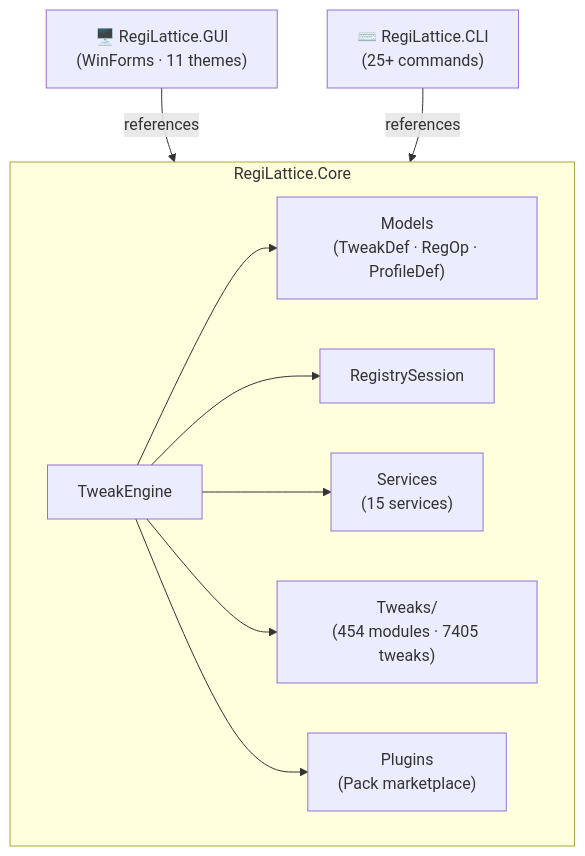
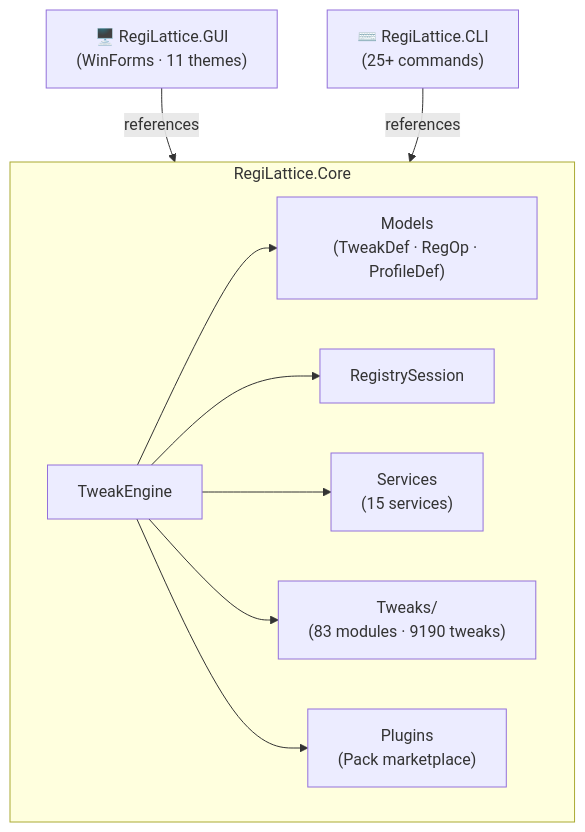
The first of 8 diagrams in docs/Architecture.md (RajwanYair/RegiLattice), drawn with Mermaid before and after one commit. The commit also changed 8 other files, not shown here.

````diff
--- a/docs/Architecture.md
+++ b/docs/Architecture.md
@@ -12,24 +12,24 @@
 ```mermaid
 graph TD
     GUI["🖥️ RegiLattice.GUI\n(WinForms · 11 themes)"]
     CLI["⌨️ RegiLattice.CLI\n(25+ commands)"]
     Core["🔧 RegiLattice.Core\n(engine · models · services)"]
 
     GUI -->|references| Core
     CLI -->|references| Core
 
     subgraph Core ["RegiLattice.Core"]
         TweakEngine["TweakEngine"]
         Models["Models\n(TweakDef · RegOp · ProfileDef)"]
         Registry["RegistrySession"]
         Services["Services\n(15 services)"]
-        Tweaks["Tweaks/\n(454 modules · 7405 tweaks)"]
+        Tweaks["Tweaks/\n(83 modules · 9190 tweaks)"]
         Plugins["Plugins\n(Pack marketplace)"]
 
         TweakEngine --> Models
         TweakEngine --> Registry
         TweakEngine --> Services
         TweakEngine --> Tweaks
         TweakEngine --> Plugins
     end
 ```
````
